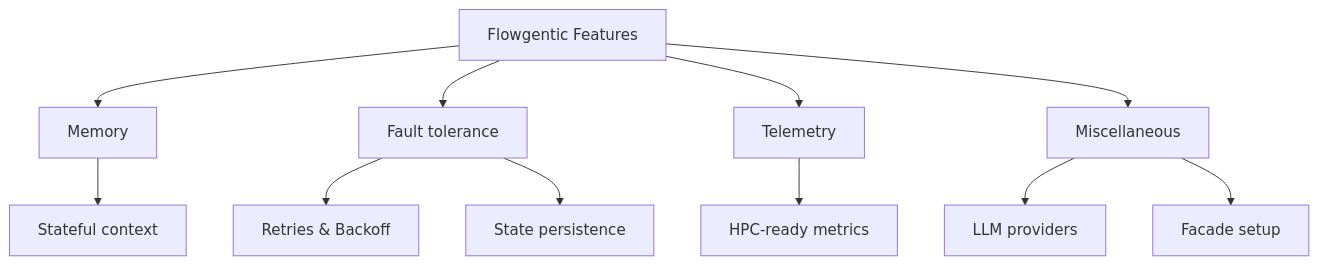
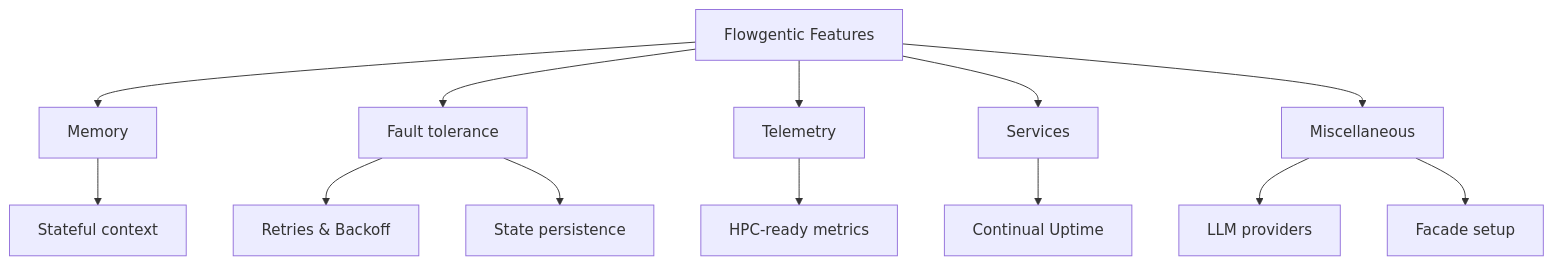
One commit to stride-research/flowgentic changed the diagram in docs/features/overview.md. Above: the diagram before and after it, drawn with Mermaid. The commit also changed other lines of this file and 17 other files, not shown here.

````diff
--- a/docs/features/overview.md
+++ b/docs/features/overview.md
@@ -10,19 +11,16 @@
 ```mermaid
 graph TD
   A[Flowgentic Features] --> B[Memory]
   A --> C[Fault tolerance]
   A --> D[Telemetry]
-  A --> E[Miscellaneous]
+  A --> E[Services]
+  A --> F[Miscellaneous]
 
   B --> B1[Stateful context]
   C --> C1[Retries & Backoff]
   C --> C2[State persistence]
   D --> D1[HPC-ready metrics]
-  E --> E1[LLM providers]
-  E --> E2[Facade setup]
-
-  click B "./memory.md" "Memory feature details"
-  click C "./fault_tolerance.md" "Fault tolerance details"
-  click D "./telemetry.md" "Telemetry details"
-  click E "./miscellaneous.md" "Miscellaneous features"
+  E --> E1[Continual Uptime]
+  F --> F1[LLM providers]
+  F --> F2[Facade setup]
 ```
````
